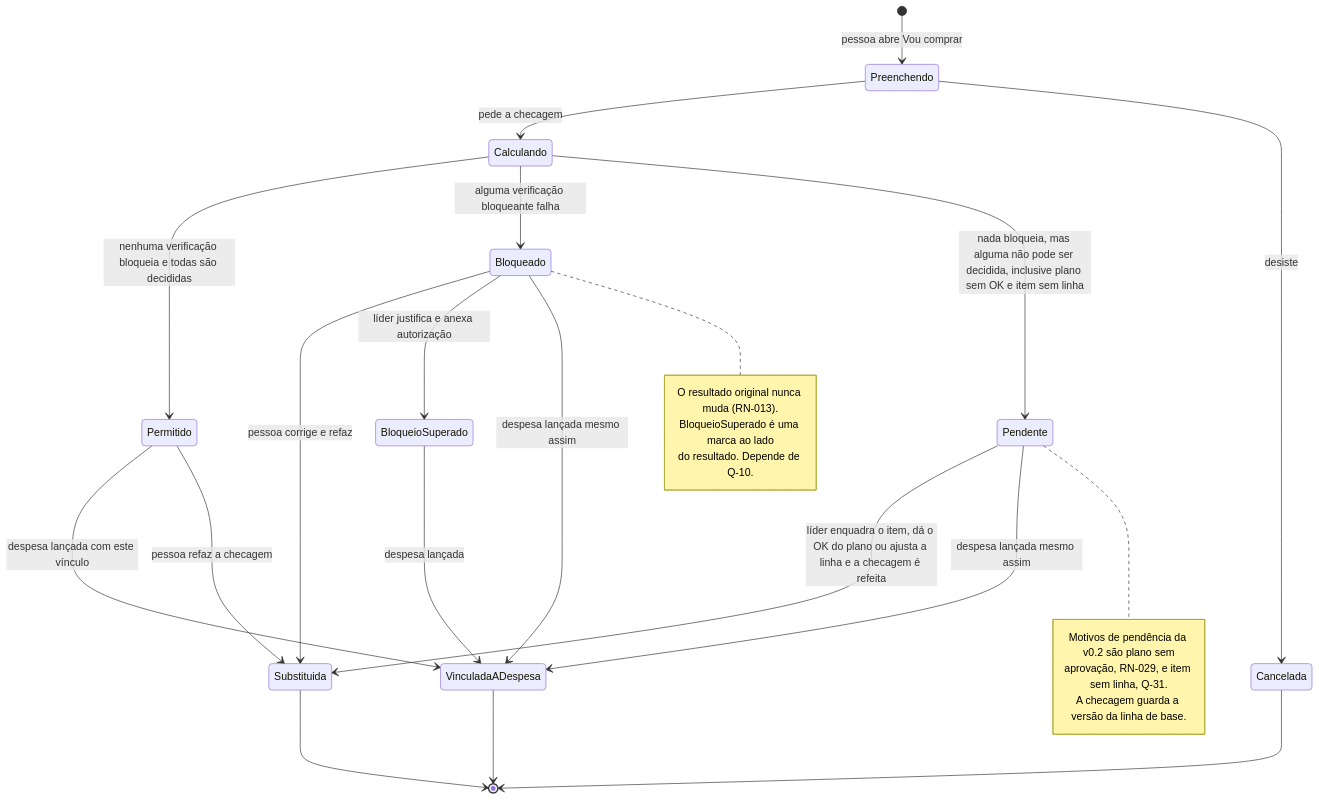
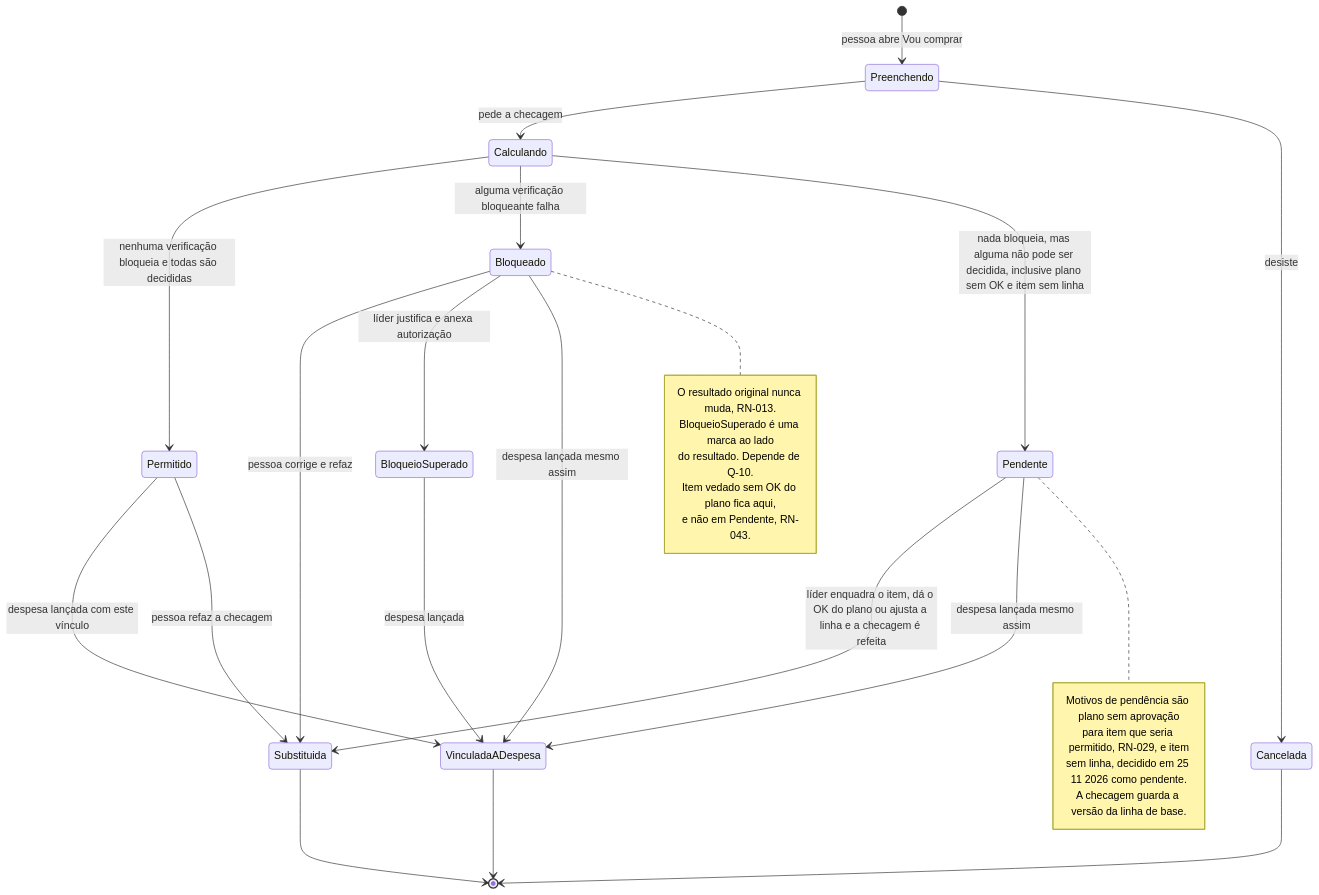
One commit to Beguelly/gestprojet changed the fifth of 22 diagrams in docs/04-workflows.md. Above: the diagram before and after it, drawn with Mermaid. The commit also changed other lines of this file and 1 other file, not shown here.

First line of the commit message:
WIP T-022c: docs/04-workflows.md em andamento; não revisado

````diff
--- a/docs/04-workflows.md
+++ b/docs/04-workflows.md
@@ -304,31 +305,34 @@
 ```mermaid
 stateDiagram-v2
     [*] --> Preenchendo: pessoa abre Vou comprar
     Preenchendo --> Calculando: pede a checagem
     Preenchendo --> Cancelada: desiste
     Calculando --> Permitido: nenhuma verificação bloqueia e todas são decididas
     Calculando --> Bloqueado: alguma verificação bloqueante falha
     Calculando --> Pendente: nada bloqueia, mas alguma não pode ser decidida, inclusive plano sem OK e item sem linha
     Permitido --> VinculadaADespesa: despesa lançada com este vínculo
     Permitido --> Substituida: pessoa refaz a checagem
     Bloqueado --> Substituida: pessoa corrige e refaz
     Bloqueado --> BloqueioSuperado: líder justifica e anexa autorização
     Bloqueado --> VinculadaADespesa: despesa lançada mesmo assim
     Pendente --> Substituida: líder enquadra o item, dá o OK do plano ou ajusta a linha e a checagem é refeita
     Pendente --> VinculadaADespesa: despesa lançada mesmo assim
     BloqueioSuperado --> VinculadaADespesa: despesa lançada
     VinculadaADespesa --> [*]
     Substituida --> [*]
     Cancelada --> [*]
 
     note right of Bloqueado
-        O resultado original nunca muda (RN-013).
+        O resultado original nunca muda, RN-013.
         BloqueioSuperado é uma marca ao lado
         do resultado. Depende de Q-10.
+        Item vedado sem OK do plano fica aqui,
+        e não em Pendente, RN-043.
     end note
     note right of Pendente
-        Motivos de pendência da v0.2 são plano sem
-        aprovação, RN-029, e item sem linha, Q-31.
+        Motivos de pendência são plano sem aprovação
+        para item que seria permitido, RN-029, e item
+        sem linha, decidido em 25 11 2026 como pendente.
         A checagem guarda a versão da linha de base.
     end note
 ```
````
